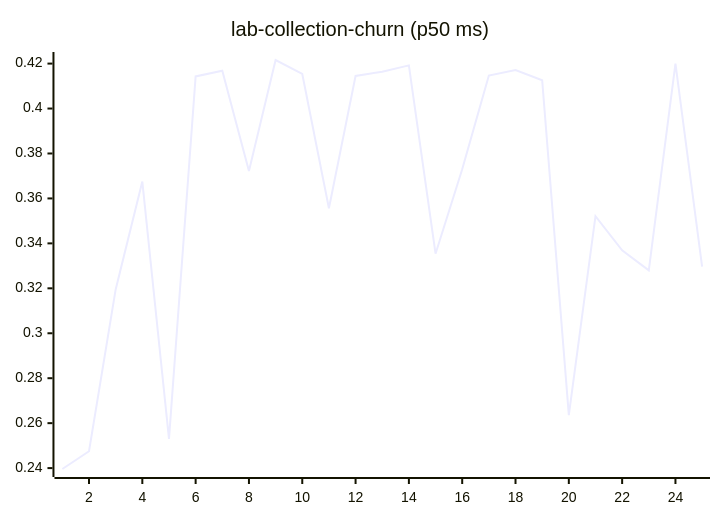
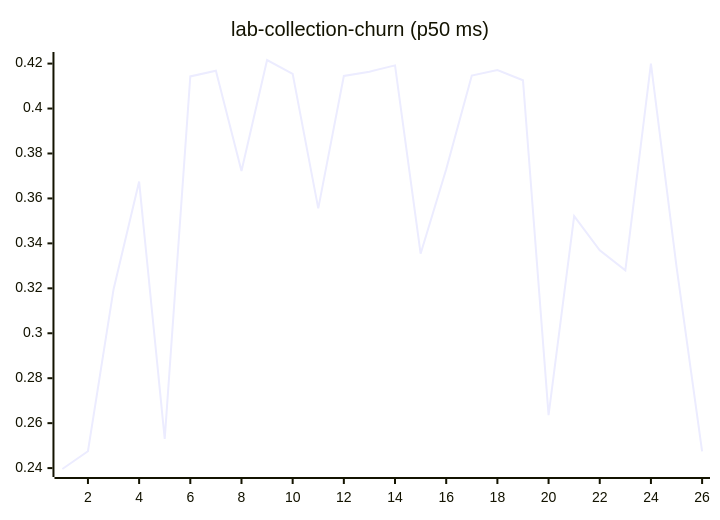
Before and after one commit to josha/Facet: diagram 11 of 27 in README.md, drawn with Mermaid. The commit also changed other lines of this file and 2 other files, not shown here.

````diff
--- a/README.md
+++ b/README.md
@@ -133,6 +133,6 @@
 ```mermaid
 xychart-beta
     title "lab-collection-churn (p50 ms)"
-    x-axis 1 --> 25
-    line [0.2396, 0.2475, 0.3195, 0.3675, 0.2530, 0.4143, 0.4168, 0.3722, 0.4216, 0.4154, 0.3556, 0.4145, 0.4164, 0.4192, 0.3354, 0.3730, 0.4147, 0.4171, 0.4126, 0.2636, 0.3521, 0.3369, 0.3280, 0.4200, 0.3297]
+    x-axis 1 --> 26
+    line [0.2396, 0.2475, 0.3195, 0.3675, 0.2530, 0.4143, 0.4168, 0.3722, 0.4216, 0.4154, 0.3556, 0.4145, 0.4164, 0.4192, 0.3354, 0.3730, 0.4147, 0.4171, 0.4126, 0.2636, 0.3521, 0.3369, 0.3280, 0.4200, 0.3297, 0.2474]
 ```
````
